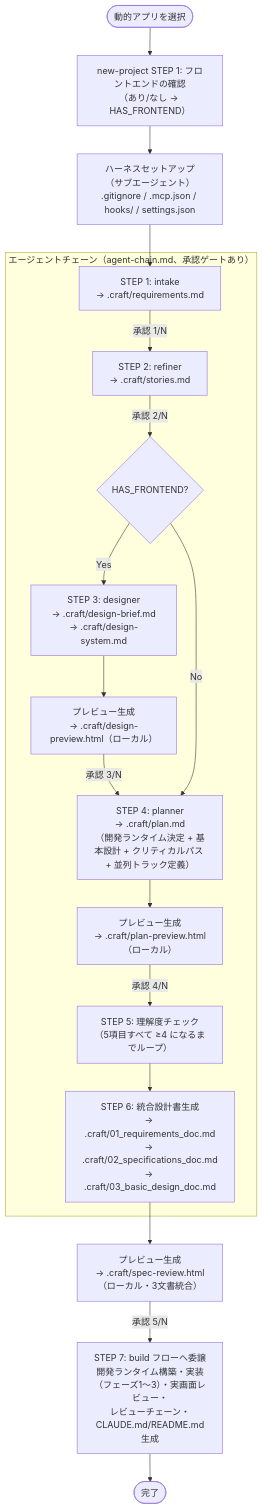
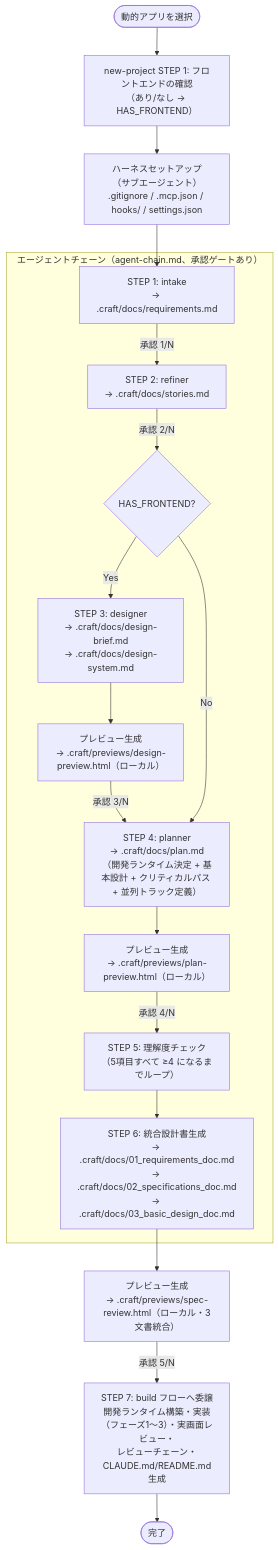
The diagram in claude/skills/craft/flows/new-project/README.md (agaemo/dotfiles), drawn with Mermaid before and after one commit. The commit also changed 29 other files, not shown here.

````diff
--- a/claude/skills/craft/flows/new-project/README.md
+++ b/claude/skills/craft/flows/new-project/README.md
@@ -6,36 +6,36 @@
 ```mermaid
 flowchart TD
     START([動的アプリを選択]) --> S0
 
     S0["new-project STEP 1: フロントエンドの確認\n（あり/なし → HAS_FRONTEND）"]
     S0 --> SETUP
 
     SETUP["ハーネスセットアップ\n（サブエージェント）\n.gitignore / .mcp.json / hooks/ / settings.json"]
     SETUP --> S1
 
     subgraph DESIGN["エージェントチェーン（agent-chain.md、承認ゲートあり）"]
-        S1["STEP 1: intake\n→ .craft/requirements.md"]
+        S1["STEP 1: intake\n→ .craft/docs/requirements.md"]
         S1 -->|承認 1/N| S2
-        S2["STEP 2: refiner\n→ .craft/stories.md"]
+        S2["STEP 2: refiner\n→ .craft/docs/stories.md"]
         S2 -->|承認 2/N| S3_CHECK
 
         S3_CHECK{HAS_FRONTEND?}
-        S3_CHECK -->|Yes| S3["STEP 3: designer\n→ .craft/design-brief.md\n→ .craft/design-system.md"]
-        S3 --> S3P["プレビュー生成\n→ .craft/design-preview.html（ローカル）"]
+        S3_CHECK -->|Yes| S3["STEP 3: designer\n→ .craft/docs/design-brief.md\n→ .craft/docs/design-system.md"]
+        S3 --> S3P["プレビュー生成\n→ .craft/previews/design-preview.html（ローカル）"]
         S3P -->|承認 3/N| S4
         S3_CHECK -->|No| S4
 
-        S4["STEP 4: planner\n→ .craft/plan.md\n（開発ランタイム決定 + 基本設計 + クリティカルパス + 並列トラック定義）"]
-        S4 --> S4P["プレビュー生成\n→ .craft/plan-preview.html（ローカル）"]
+        S4["STEP 4: planner\n→ .craft/docs/plan.md\n（開発ランタイム決定 + 基本設計 + クリティカルパス + 並列トラック定義）"]
+        S4 --> S4P["プレビュー生成\n→ .craft/previews/plan-preview.html（ローカル）"]
         S4P -->|承認 4/N| S45
         S45["STEP 5: 理解度チェック\n（5項目すべて ≥4 になるまでループ）"]
         S45 --> S5
     end
 
-    S5["STEP 6: 統合設計書生成\n→ .craft/01_requirements_doc.md\n→ .craft/02_specifications_doc.md\n→ .craft/03_basic_design_doc.md"]
-    S5 --> S5P["プレビュー生成\n→ .craft/spec-review.html（ローカル・3文書統合）"]
+    S5["STEP 6: 統合設計書生成\n→ .craft/docs/01_requirements_doc.md\n→ .craft/docs/02_specifications_doc.md\n→ .craft/docs/03_basic_design_doc.md"]
+    S5 --> S5P["プレビュー生成\n→ .craft/previews/spec-review.html（ローカル・3文書統合）"]
     S5P -->|承認 5/N| S6
 
     S6["STEP 7: build フローへ委譲\n開発ランタイム構築・実装（フェーズ1〜3）・実画面レビュー・\nレビューチェーン・CLAUDE.md/README.md生成"]
     S6 --> END([完了])
 ```
````
